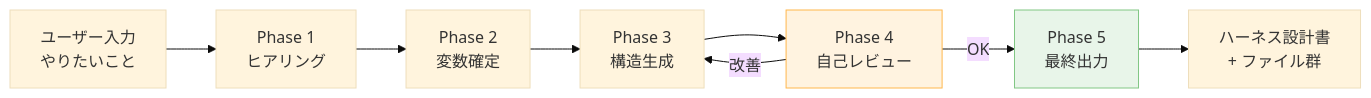
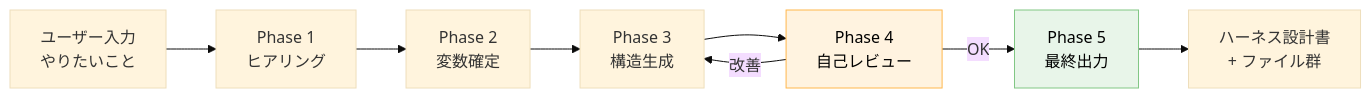
Before and after one commit to dinekt/dinekt-wiki: the first of 2 diagrams in docs/tools/forge-ハーネス設計フレームワーク.md, drawn with Mermaid (base theme). The commit also changed other lines of this file and 71 other files, not shown here.

First line of the commit message:
fix: mermaid readability + remove GitHub repo toolbar

````diff
--- a/docs/tools/forge-ハーネス設計フレームワーク.md
+++ b/docs/tools/forge-ハーネス設計フレームワーク.md
@@ -23,16 +23,16 @@
 ```mermaid
 flowchart LR
     U[ユーザー入力<br/>やりたいこと] --> P1
     P1[Phase 1<br/>ヒアリング]
     P2[Phase 2<br/>変数確定]
     P3[Phase 3<br/>構造生成]
     P4[Phase 4<br/>自己レビュー]
     P5[Phase 5<br/>最終出力]
     P1 --> P2 --> P3 --> P4
     P4 -->|改善| P3
     P4 -->|OK| P5
     P5 --> O[ハーネス設計書<br/>+ ファイル群]
 
-    style P4 fill:#fff3e0,stroke:#ffb74d
-    style P5 fill:#e8f5e9,stroke:#81c784
+    style P4 fill:#fff3e0,stroke:#ffb74d,color:#000
+    style P5 fill:#e8f5e9,stroke:#81c784,color:#000
 ```
````
